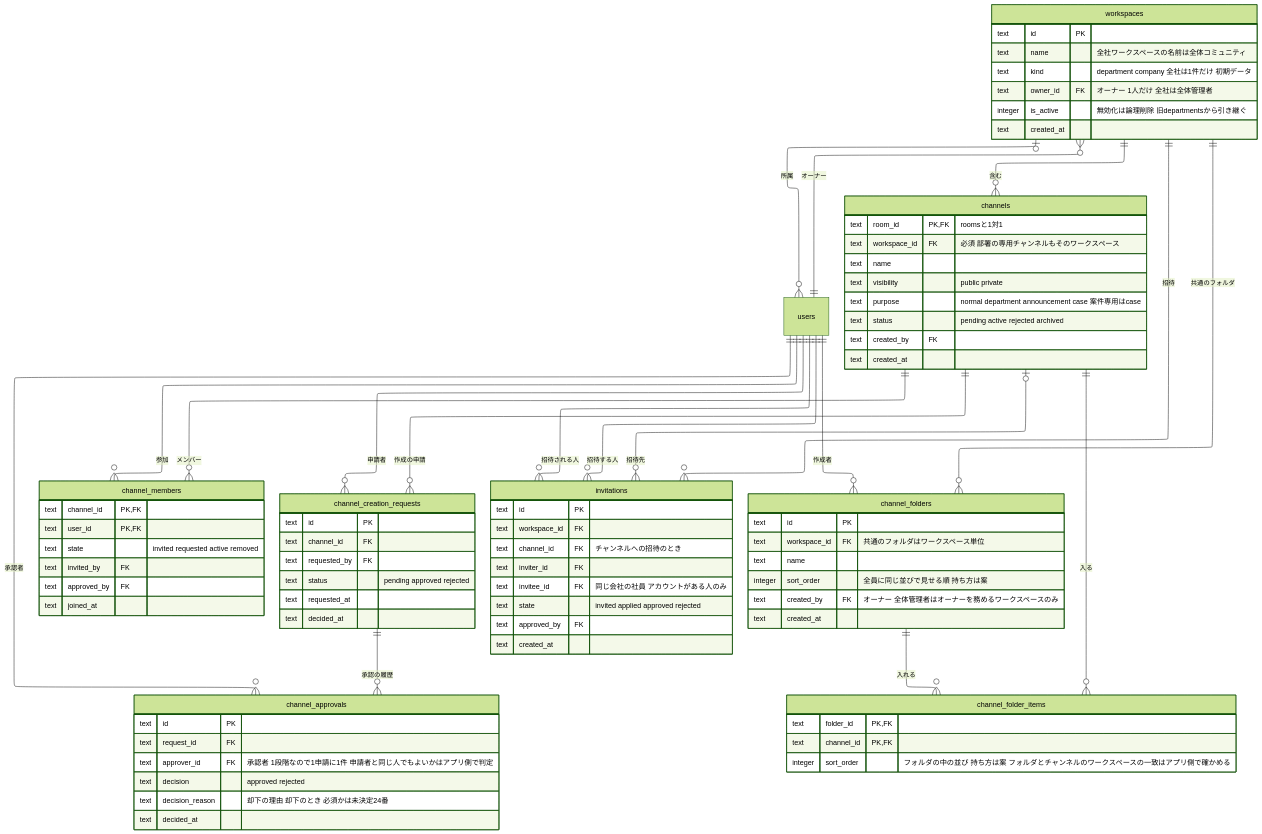
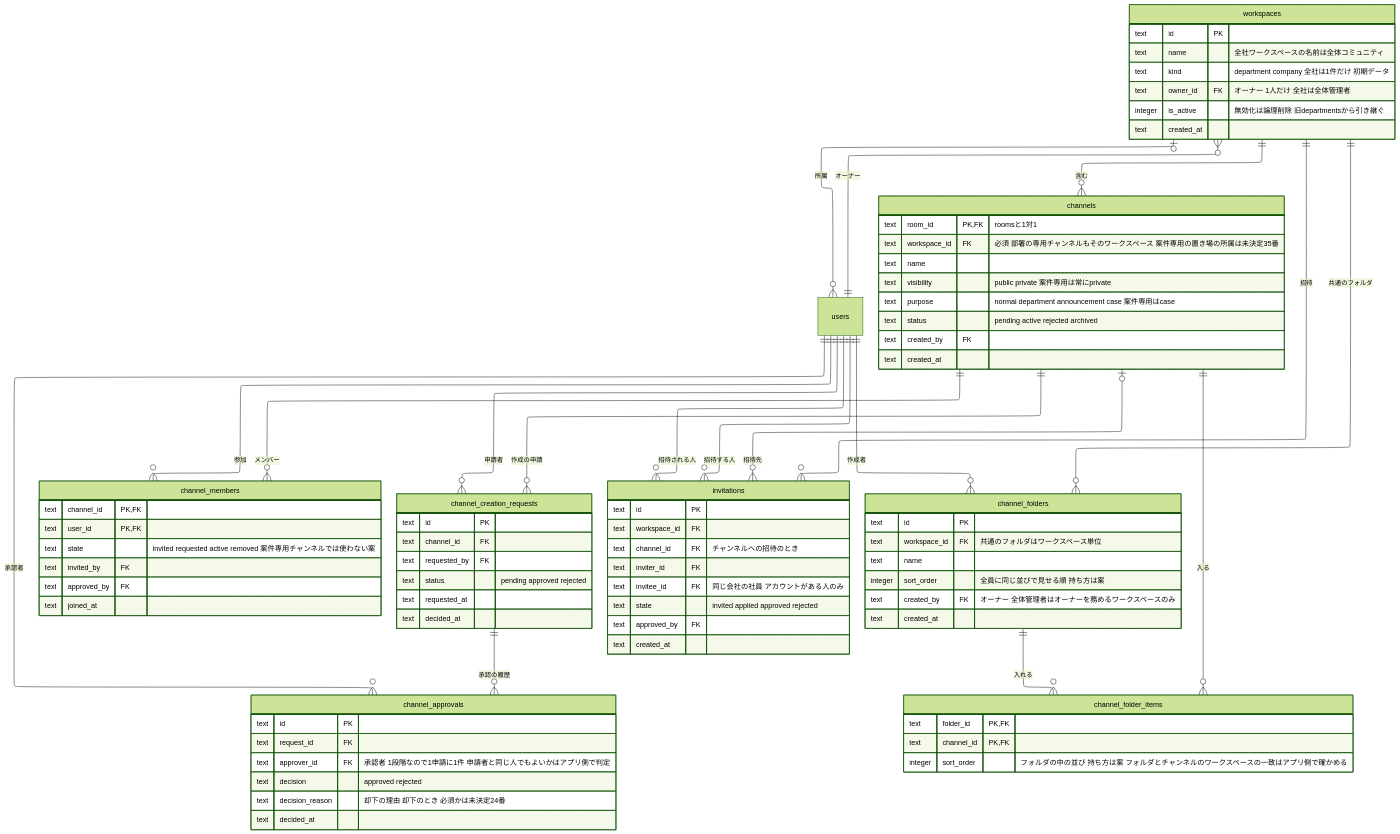
One commit to yamamotonaoki3/internal-system changed the sixth of 8 diagrams in docs/requirements/data-model.md. Above: the diagram before and after it, drawn with Mermaid (forest theme). The commit also changed other lines of this file and 8 other files, not shown here.

```diff
--- a/docs/requirements/data-model.md
+++ b/docs/requirements/data-model.md
@@ -242,9 +242,9 @@
     }
     channels {
         text room_id PK, FK "roomsと1対1"
-        text workspace_id FK "必須 部署の専用チャンネルもそのワークスペース"
+        text workspace_id FK "必須 部署の専用チャンネルもそのワークスペース 案件専用の置き場の所属は未決定35番"
         text name
-        text visibility "public private"
+        text visibility "public private 案件専用は常にprivate"
         text purpose "normal department announcement case 案件専用はcase"
         text status "pending active rejected archived"
         text created_by FK
@@ -253,7 +253,7 @@
     channel_members {
         text channel_id PK, FK
         text user_id PK, FK
-        text state "invited requested active removed"
+        text state "invited requested active removed 案件専用チャンネルでは使わない案"
         text invited_by FK
         text approved_by FK
         text joined_at
```
